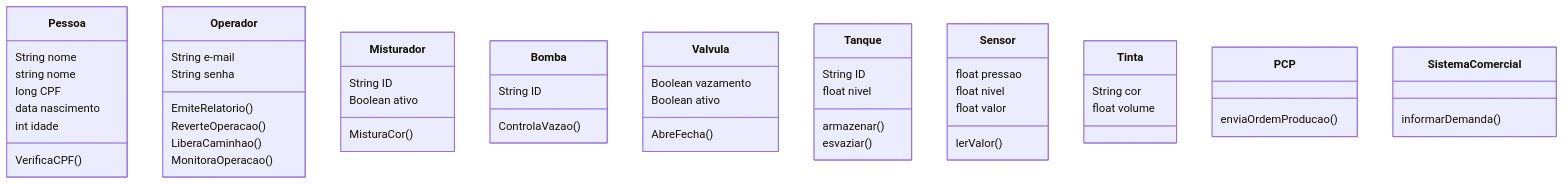
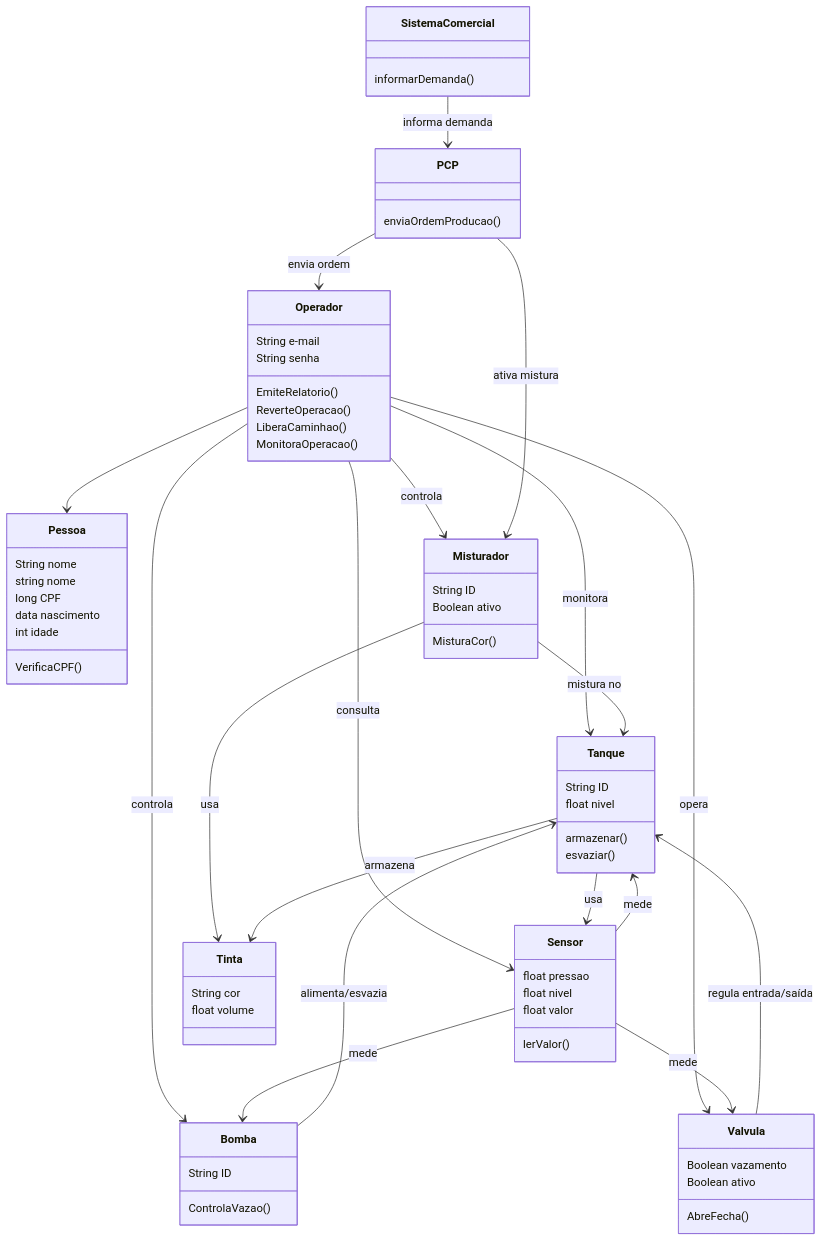
One commit to gbalbuquerque/IndustriaTintas changed the first of 17 diagrams in README.md. Above: the diagram before and after it, drawn with Mermaid.

Commit message:
docs: atualização do diagrama de classe

```diff
--- a/README.md
+++ b/README.md
@@ -83,6 +83,31 @@
 
 classDiagram
 
+    Operador --> Pessoa
+
+    Operador --> Misturador : controla
+    Operador --> Tanque : monitora
+    Operador --> Valvula : opera
+    Operador --> Bomba : controla
+    Operador --> Sensor : consulta
+
+    Misturador --> Tanque : mistura no
+    Misturador --> Tinta : usa
+
+    Tanque --> Tinta : armazena
+    Tanque --> Sensor : usa
+
+    Bomba --> Tanque : alimenta/esvazia
+    Valvula --> Tanque : regula entrada/saída
+
+    Sensor --> Tanque : mede
+    Sensor --> Bomba : mede
+    Sensor --> Valvula : mede
+
+    PCP --> Operador : envia ordem
+    PCP --> Misturador : ativa mistura
+
+    SistemaComercial --> PCP : informa demanda
 
     class Pessoa {
         String nome
```
